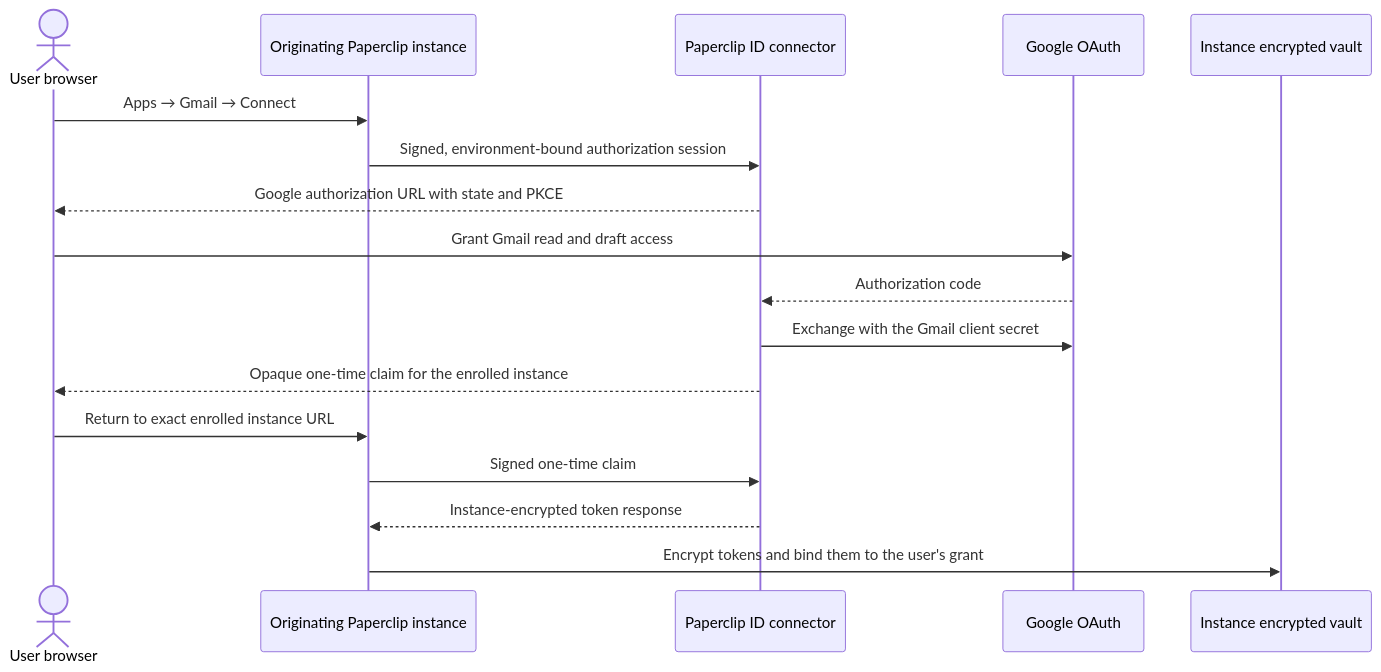
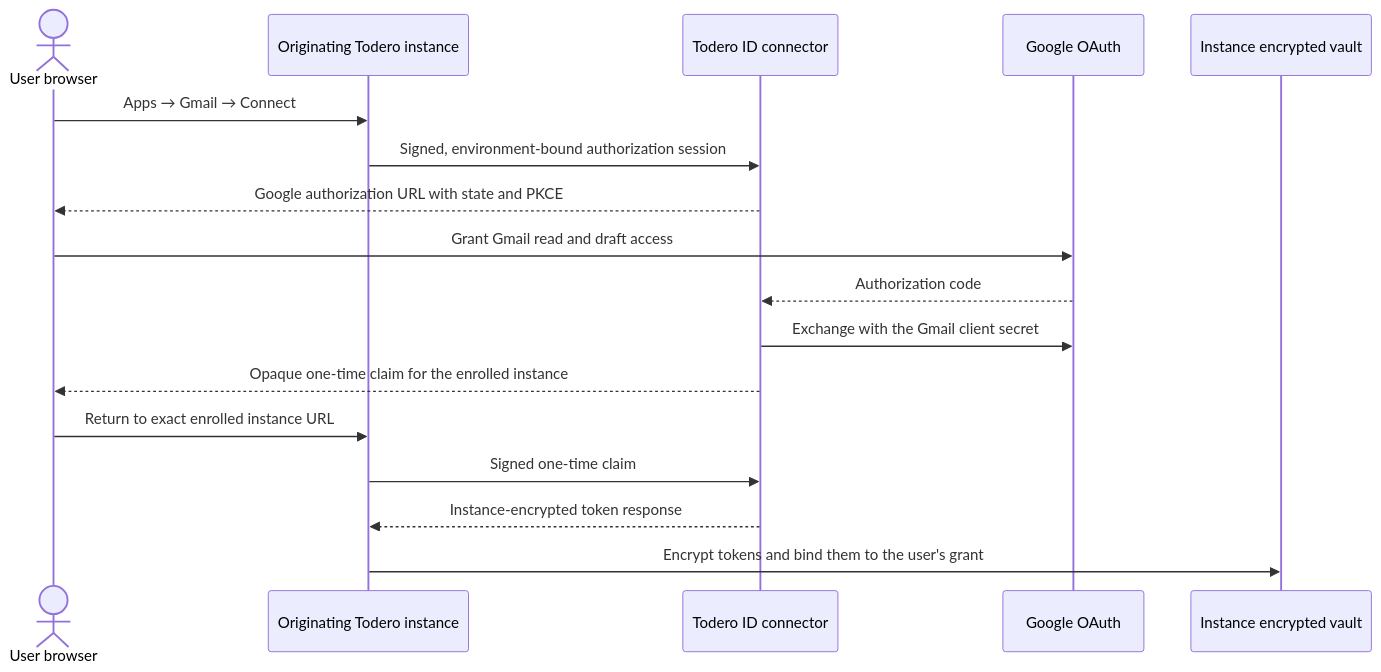
Before and after one commit to nabitllc/todero: the diagram in doc/connections/GMAIL.md, drawn with Mermaid. The commit also changed other lines of this file and 3232 other files, not shown here.

````diff
--- a/doc/connections/GMAIL.md
+++ b/doc/connections/GMAIL.md
@@ -209,20 +209,20 @@
 ```mermaid
 sequenceDiagram
     actor U as User browser
-    participant P as Originating Paperclip instance
-    participant I as Paperclip ID connector
+    participant P as Originating Todero instance
+    participant I as Todero ID connector
     participant G as Google OAuth
     participant V as Instance encrypted vault
 
     U->>P: Apps → Gmail → Connect
     P->>I: Signed, environment-bound authorization session
     I-->>U: Google authorization URL with state and PKCE
     U->>G: Grant Gmail read and draft access
     G-->>I: Authorization code
     I->>G: Exchange with the Gmail client secret
     I-->>U: Opaque one-time claim for the enrolled instance
     U->>P: Return to exact enrolled instance URL
     P->>I: Signed one-time claim
     I-->>P: Instance-encrypted token response
     P->>V: Encrypt tokens and bind them to the user's grant
 ```
````
